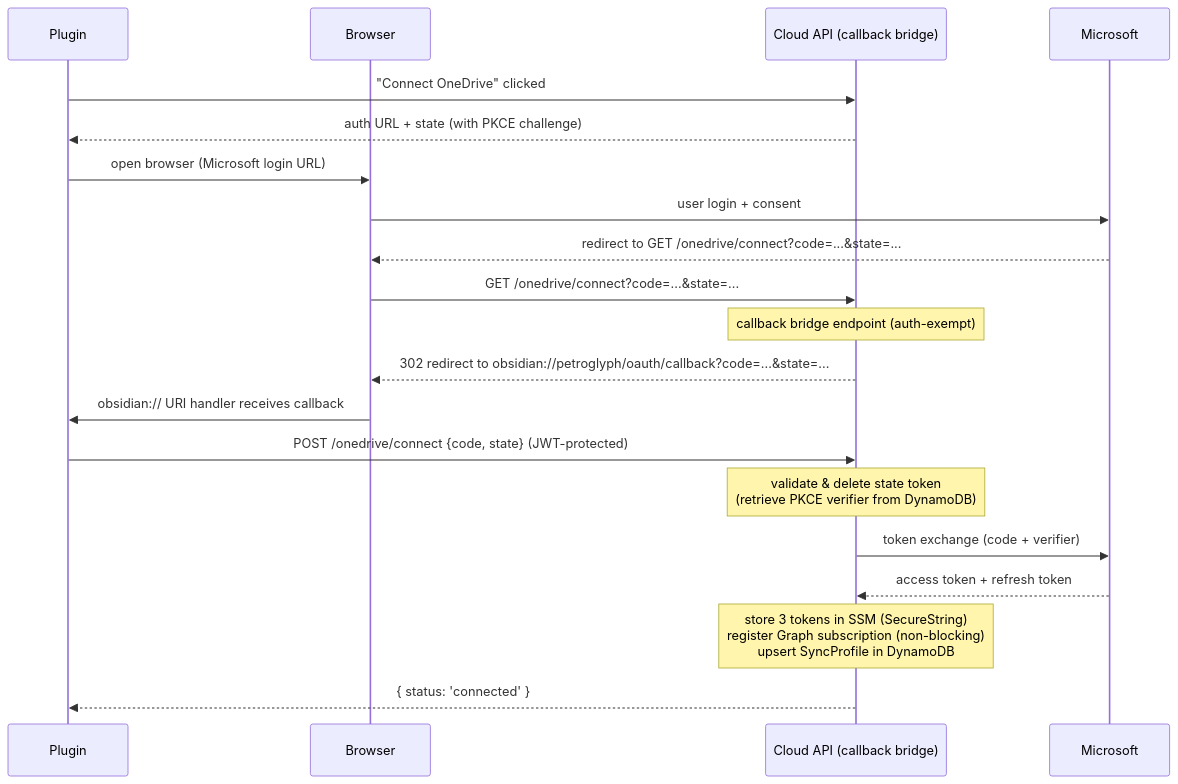
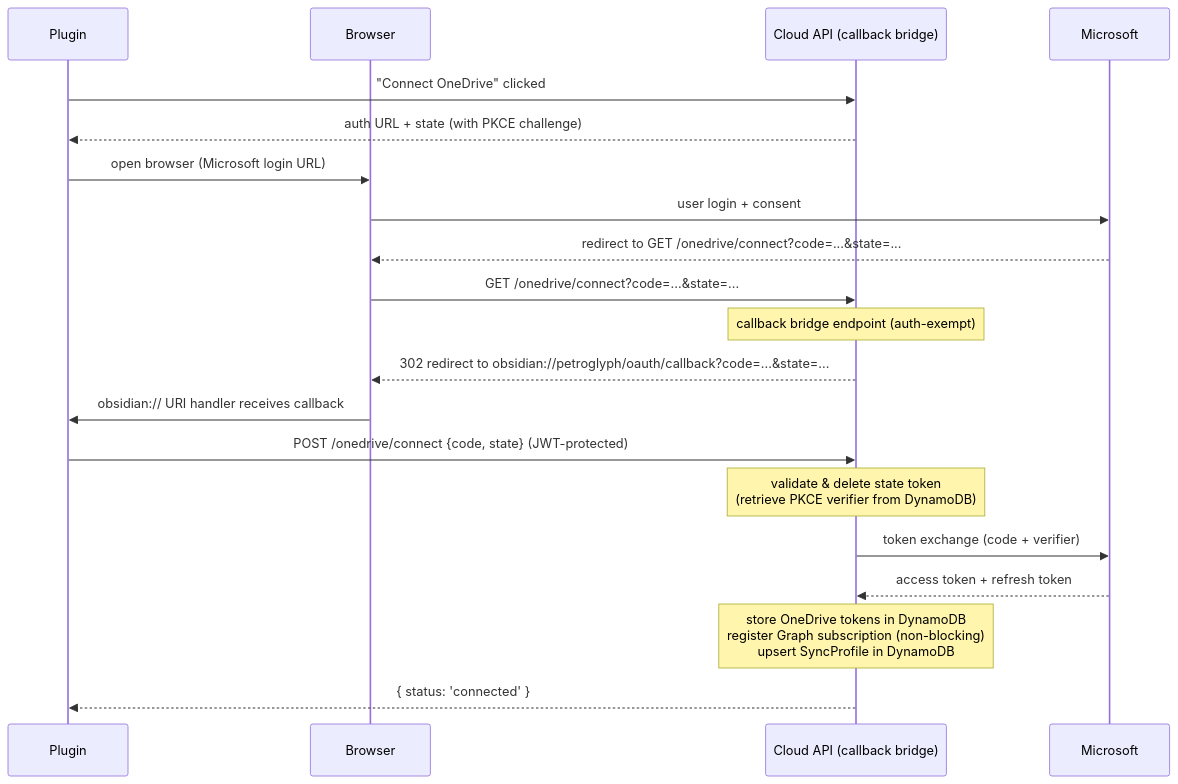
One commit to jaybeeuu/petroglyph changed the second of 3 diagrams in docs/authentication.md. Above: the diagram before and after it, drawn with Mermaid. The commit also changed other lines of this file and 6 other files, not shown here.

First line of the commit message:
fix(api): keep OneDrive user token state in DynamoDB (#75)

````diff
--- a/docs/authentication.md
+++ b/docs/authentication.md
@@ -198,23 +198,23 @@
 ```mermaid
 sequenceDiagram
     participant Plugin
     participant Browser
     participant CloudAPI as Cloud API (callback bridge)
     participant Microsoft
 
     Plugin->>CloudAPI: "Connect OneDrive" clicked
     CloudAPI-->>Plugin: auth URL + state (with PKCE challenge)
     Plugin->>Browser: open browser (Microsoft login URL)
     Browser->>Microsoft: user login + consent
     Microsoft-->>Browser: redirect to GET /onedrive/connect?code=...&state=...
     Browser->>CloudAPI: GET /onedrive/connect?code=...&state=...
     Note over CloudAPI: callback bridge endpoint (auth-exempt)
     CloudAPI-->>Browser: 302 redirect to obsidian://petroglyph/oauth/callback?code=...&state=...
     Browser->>Plugin: obsidian:// URI handler receives callback
     Plugin->>CloudAPI: POST /onedrive/connect {code, state} (JWT-protected)
     Note over CloudAPI: validate & delete state token<br/>(retrieve PKCE verifier from DynamoDB)
     CloudAPI->>Microsoft: token exchange (code + verifier)
     Microsoft-->>CloudAPI: access token + refresh token
-    Note over CloudAPI: store 3 tokens in SSM (SecureString)<br/>register Graph subscription (non-blocking)<br/>upsert SyncProfile in DynamoDB
+    Note over CloudAPI: store OneDrive tokens in DynamoDB<br/>register Graph subscription (non-blocking)<br/>upsert SyncProfile in DynamoDB
     CloudAPI-->>Plugin: { status: 'connected' }
 ```
````
